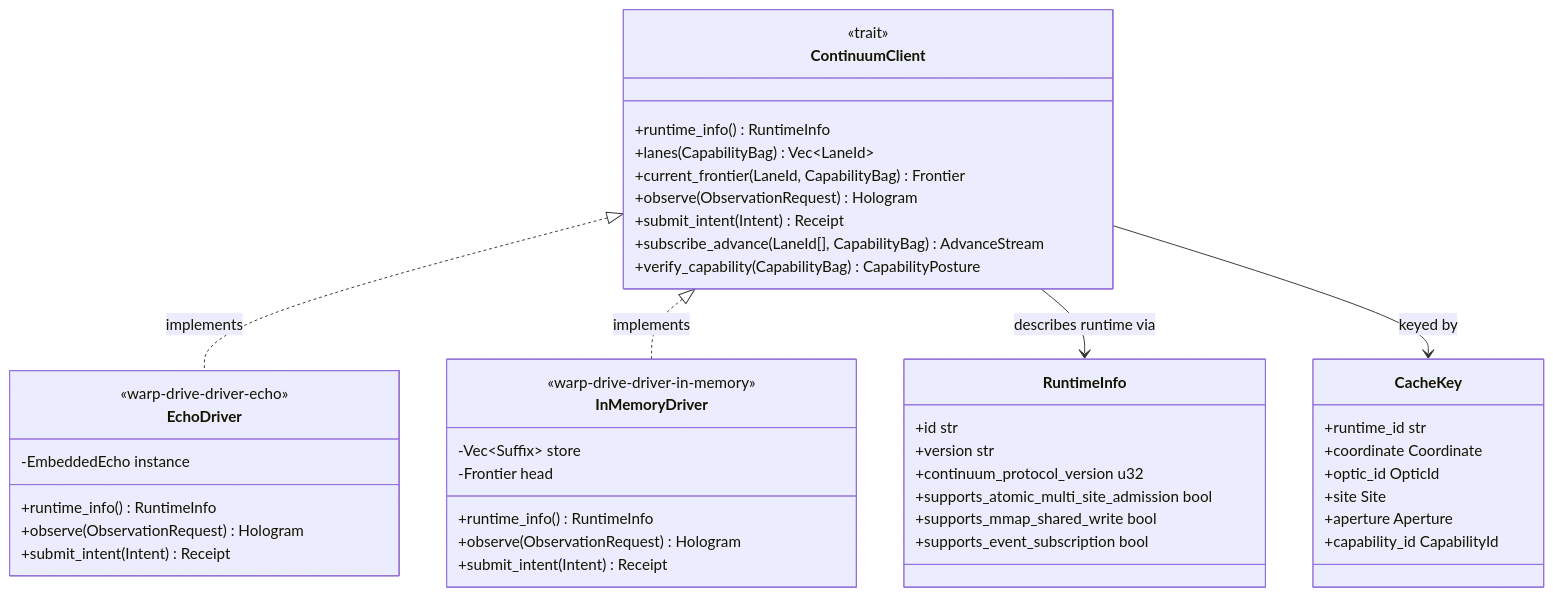
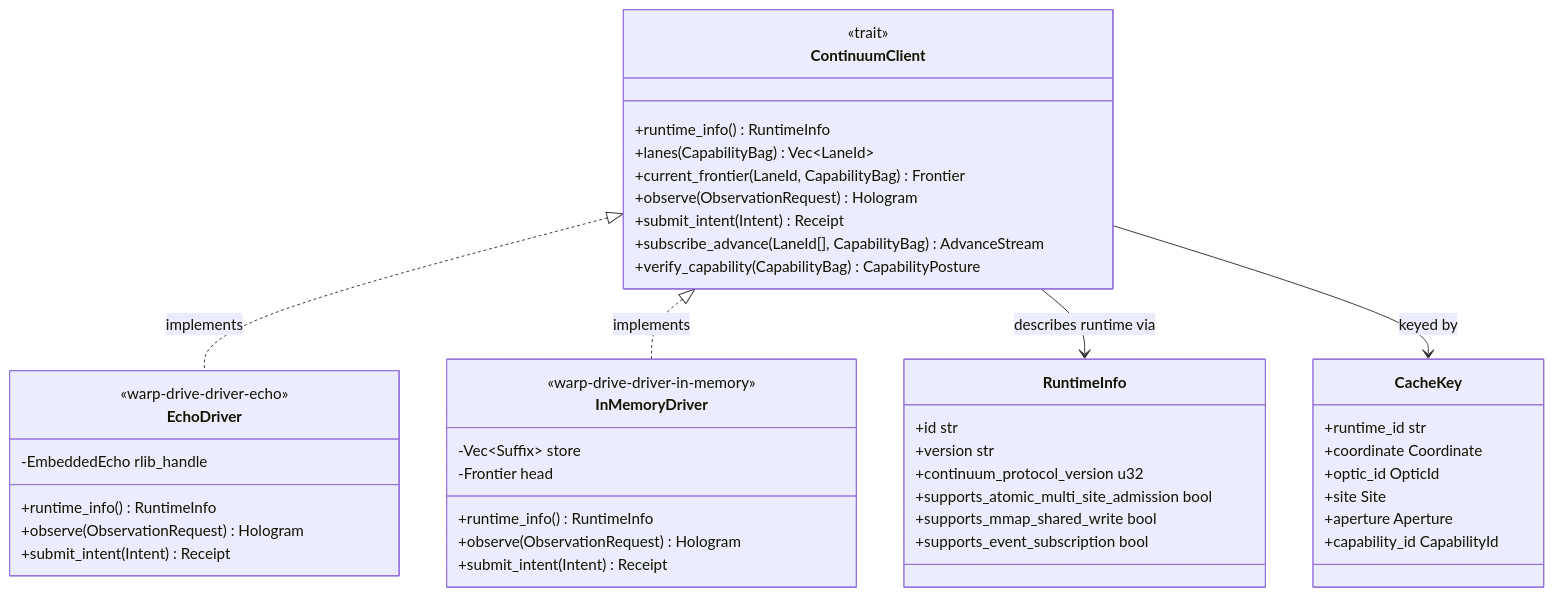
Before and after one commit to flyingrobots/warp-drive: the eighth of 8 diagrams in docs/TECHNICAL_DEEP_DIVE.md, drawn with Mermaid. The commit also changed other lines of this file and 1 other file, not shown here.

````diff
--- a/docs/TECHNICAL_DEEP_DIVE.md
+++ b/docs/TECHNICAL_DEEP_DIVE.md
@@ -1448,48 +1449,48 @@
 ```mermaid
 classDiagram
     class ContinuumClient {
         <<trait>>
         +runtime_info() RuntimeInfo
         +lanes(CapabilityBag) Vec~LaneId~
         +current_frontier(LaneId, CapabilityBag) Frontier
         +observe(ObservationRequest) Hologram
         +submit_intent(Intent) Receipt
         +subscribe_advance(LaneId[], CapabilityBag) AdvanceStream
         +verify_capability(CapabilityBag) CapabilityPosture
     }
     class RuntimeInfo {
         +id str
         +version str
         +continuum_protocol_version u32
         +supports_atomic_multi_site_admission bool
         +supports_mmap_shared_write bool
         +supports_event_subscription bool
     }
     class CacheKey {
         +runtime_id str
         +coordinate Coordinate
         +optic_id OpticId
         +site Site
         +aperture Aperture
         +capability_id CapabilityId
     }
     class EchoDriver {
         <<warp-drive-driver-echo>>
-        -EmbeddedEcho instance
+        -EmbeddedEcho rlib_handle
         +runtime_info() RuntimeInfo
         +observe(ObservationRequest) Hologram
         +submit_intent(Intent) Receipt
     }
     class InMemoryDriver {
         <<warp-drive-driver-in-memory>>
         -Vec~Suffix~ store
         -Frontier head
         +runtime_info() RuntimeInfo
         +observe(ObservationRequest) Hologram
         +submit_intent(Intent) Receipt
     }
     ContinuumClient <|.. EchoDriver : implements
     ContinuumClient <|.. InMemoryDriver : implements
     ContinuumClient --> RuntimeInfo : describes runtime via
     ContinuumClient --> CacheKey : keyed by
 ```
````
